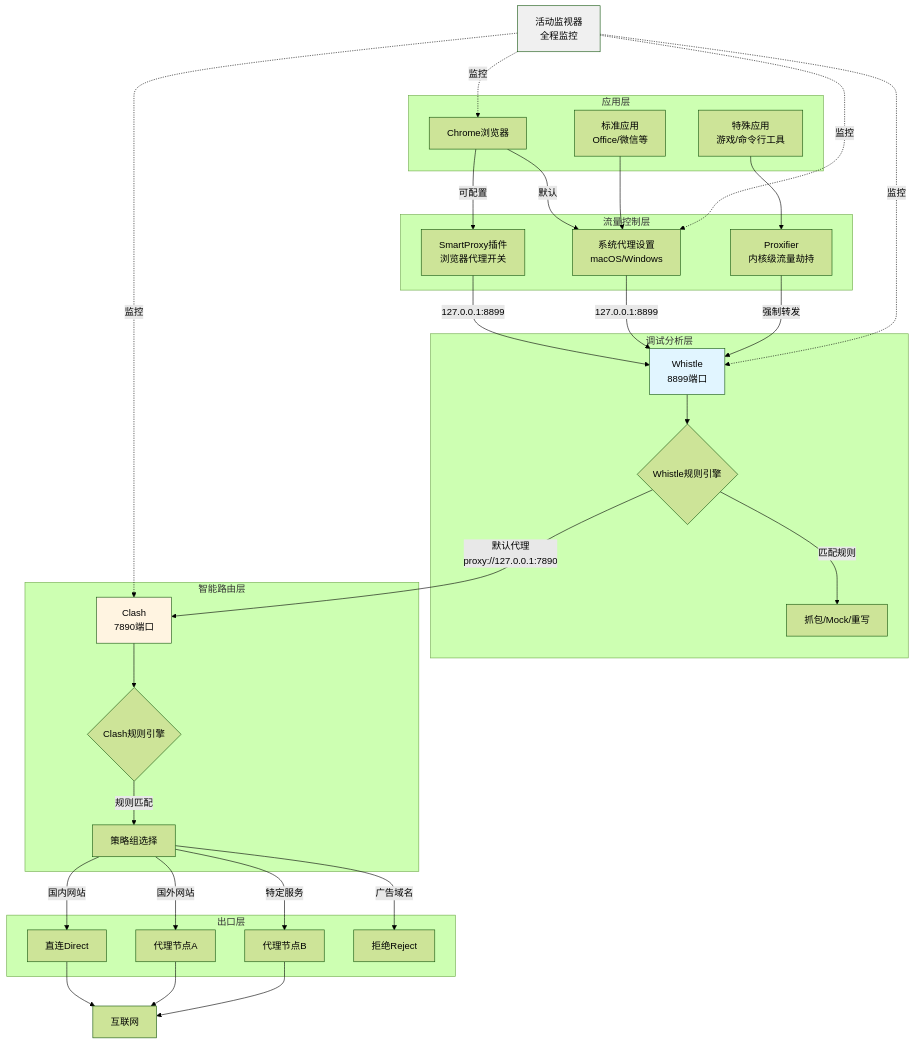
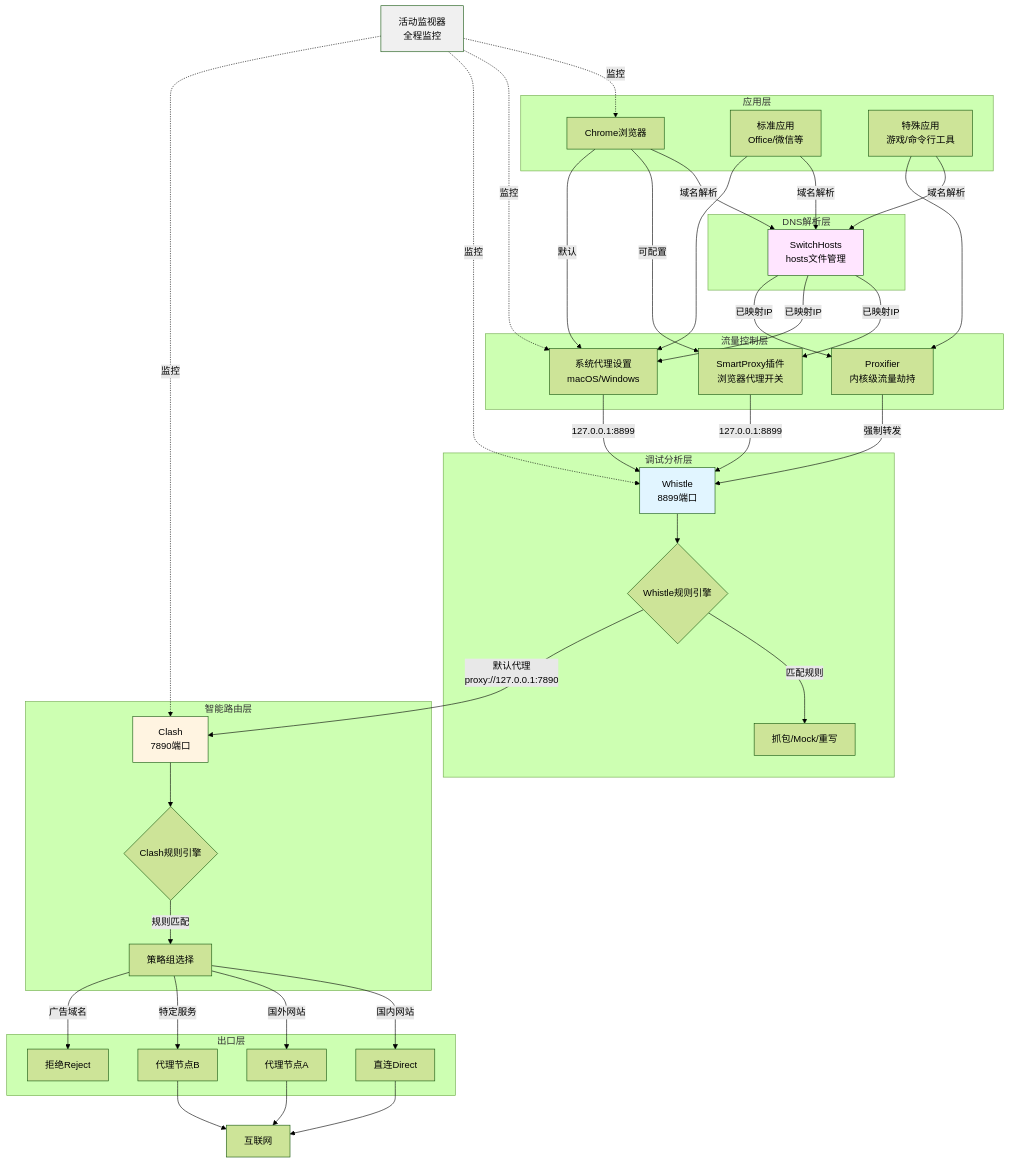
The seventh of 8 diagrams in docs/exp/misc/420.md (zhaoky/site), drawn with Mermaid (forest theme) before and after one commit. The commit also changed other lines of this file, not shown here.

````diff
--- a/docs/exp/misc/420.md
+++ b/docs/exp/misc/420.md
@@ -487,68 +553,81 @@
 ```mermaid
 graph TB
     subgraph Application["应用层"]
         A1[Chrome浏览器]
         A2[标准应用<br/>Office/微信等]
         A3[特殊应用<br/>游戏/命令行工具]
+    end
+
+    subgraph DNS["DNS解析层"]
+        DNS1[SwitchHosts<br/>hosts文件管理]
     end
 
     subgraph Control["流量控制层"]
         C1[SmartProxy插件<br/>浏览器代理开关]
         C2[系统代理设置<br/>macOS/Windows]
         C3[Proxifier<br/>内核级流量劫持]
     end
 
     subgraph Debug["调试分析层"]
         D1[Whistle<br/>8899端口]
         D2{Whistle规则引擎}
         D3[抓包/Mock/重写]
     end
 
     subgraph Route["智能路由层"]
         R1[Clash<br/>7890端口]
         R2{Clash规则引擎}
         R3[策略组选择]
     end
 
     subgraph Output["出口层"]
         O1[直连Direct]
         O2[代理节点A]
         O3[代理节点B]
         O4[拒绝Reject]
     end
 
     Monitor[活动监视器<br/>全程监控]
+
+    A1 -->|域名解析| DNS1
+    A2 -->|域名解析| DNS1
+    A3 -->|域名解析| DNS1
+
+    DNS1 -->|已映射IP| C1
+    DNS1 -->|已映射IP| C2
+    DNS1 -->|已映射IP| C3
 
     A1 -->|可配置| C1
     A1 -->|默认| C2
     A2 --> C2
     A3 --> C3
 
     C1 -->|127.0.0.1:8899| D1
     C2 -->|127.0.0.1:8899| D1
     C3 -->|强制转发| D1
 
     D1 --> D2
     D2 -->|匹配规则| D3
     D2 -->|默认代理<br/>proxy://127.0.0.1:7890| R1
 
     R1 --> R2
     R2 -->|规则匹配| R3
     R3 -->|国内网站| O1
     R3 -->|国外网站| O2
     R3 -->|特定服务| O3
     R3 -->|广告域名| O4
 
     O1 --> Internet[互联网]
     O2 --> Internet
     O3 --> Internet
 
     Monitor -.监控.-> A1
     Monitor -.监控.-> C2
     Monitor -.监控.-> D1
     Monitor -.监控.-> R1
 
+    style DNS1 fill:#ffe5ff
     style D1 fill:#e1f5ff
     style R1 fill:#fff4e1
     style Monitor fill:#f0f0f0
 ```
````
